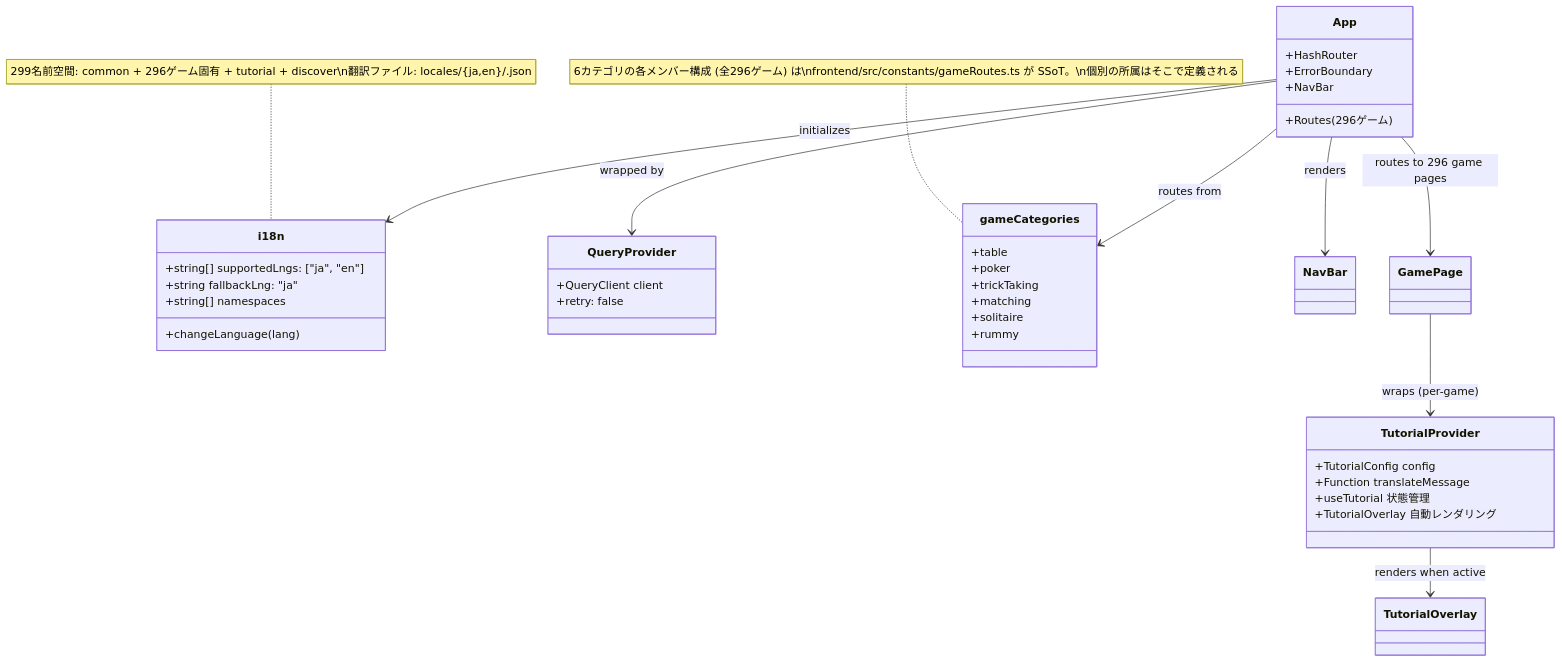
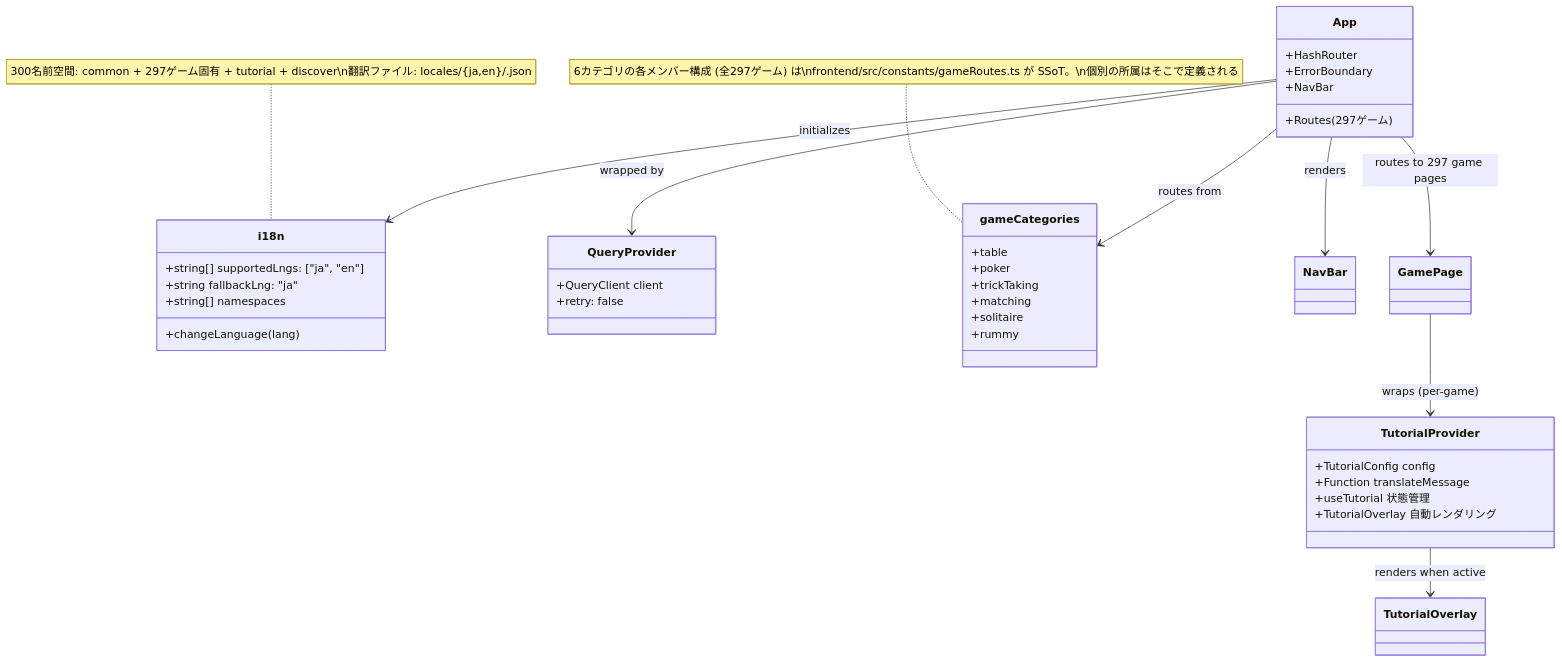
The ninth of 49 diagrams in docs/design/frontend.md (yuta-yoshinaga/go_trumpcards), drawn with Mermaid before and after one commit. The commit also changed other lines of this file and 61 other files, not shown here.

````diff
--- a/docs/design/frontend.md
+++ b/docs/design/frontend.md
@@ -1869,48 +1869,48 @@
 ```mermaid
 classDiagram
     class i18n {
         +string[] supportedLngs: ["ja", "en"]
         +string fallbackLng: "ja"
         +string[] namespaces
         +changeLanguage(lang)
     }
 
     class QueryProvider {
         +QueryClient client
         +retry: false
     }
 
     class App {
         +HashRouter
         +ErrorBoundary
         +NavBar
-        +Routes (296ゲーム)
+        +Routes (297ゲーム)
     }
 
     class gameCategories {
         +table
         +poker
         +trickTaking
         +matching
         +solitaire
         +rummy
     }
-    note for gameCategories "6カテゴリの各メンバー構成 (全296ゲーム) は\nfrontend/src/constants/gameRoutes.ts が SSoT。\n個別の所属はそこで定義される"
+    note for gameCategories "6カテゴリの各メンバー構成 (全297ゲーム) は\nfrontend/src/constants/gameRoutes.ts が SSoT。\n個別の所属はそこで定義される"
 
     class TutorialProvider {
         +TutorialConfig config
         +Function translateMessage
         +useTutorial 状態管理
         +TutorialOverlay 自動レンダリング
     }
 
     App --> QueryProvider : wrapped by
     App --> i18n : initializes
     App --> gameCategories : routes from
     App --> NavBar : renders
-    App --> GamePage : routes to 296 game pages
+    App --> GamePage : routes to 297 game pages
     GamePage --> TutorialProvider : wraps (per-game)
     TutorialProvider --> TutorialOverlay : renders when active
 
-    note for i18n "299名前空間: common + 296ゲーム固有 + tutorial + discover\n翻訳ファイル: locales/{ja,en}/<game>.json"
+    note for i18n "300名前空間: common + 297ゲーム固有 + tutorial + discover\n翻訳ファイル: locales/{ja,en}/<game>.json"
 ```
````
